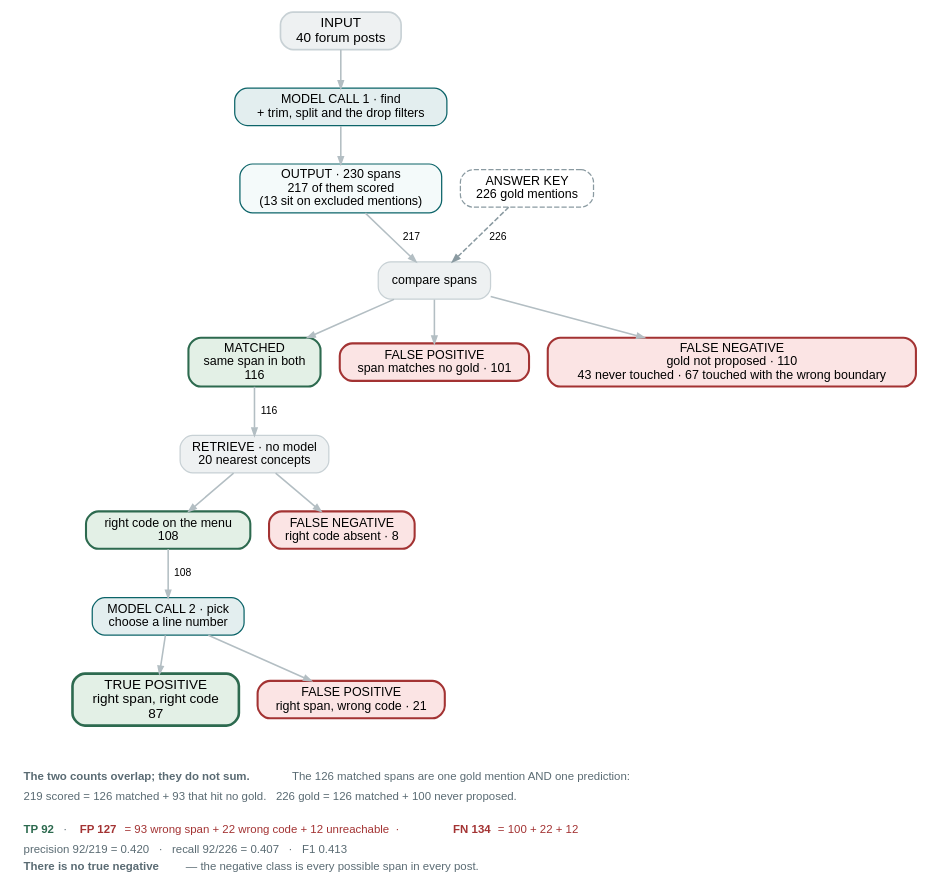
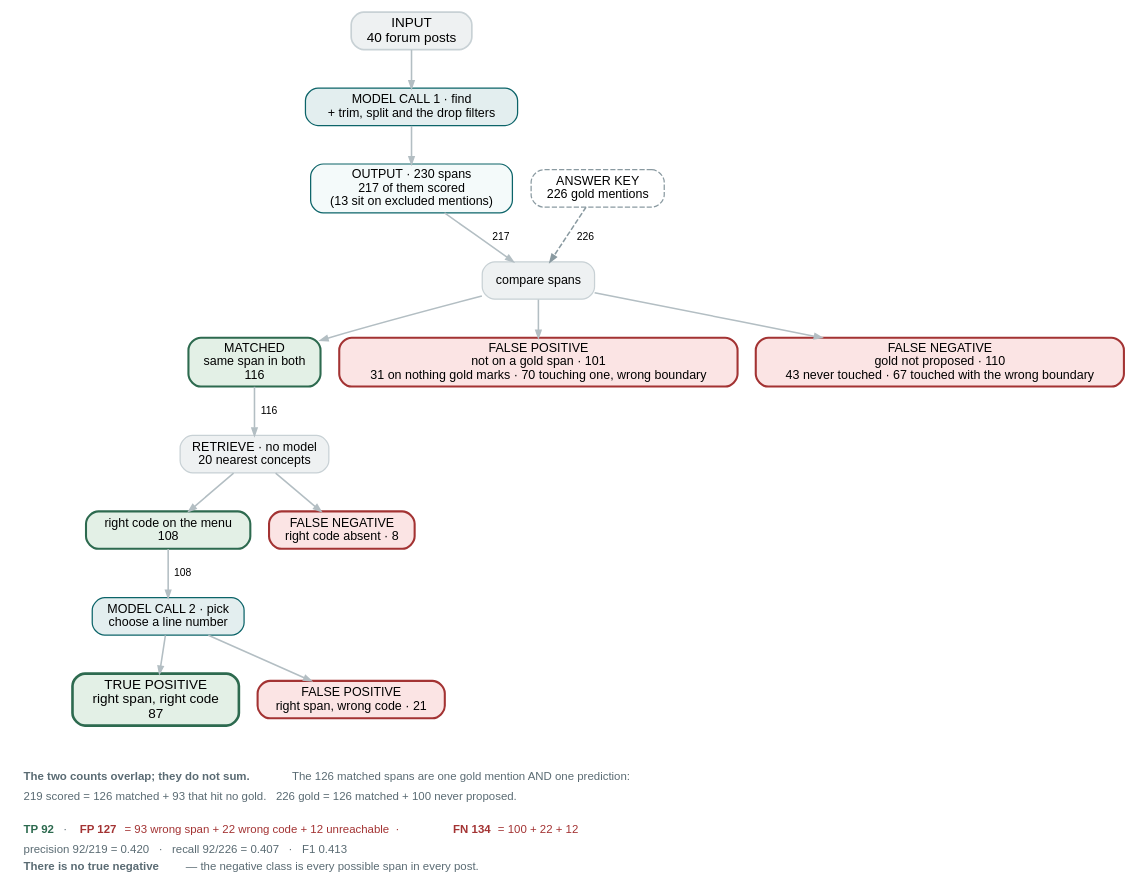
Before and after one commit to wbagais/reliability-ladder: the diagram in docs/figures/fig9-funnel.dot, drawn with Graphviz. The commit also changed 2 other files, not shown here.

Commit message:
fig 4, §2, takeaway 3, §10: the 101 unmatched predictions are 70 wrong-boundary and 31 invented; the inventions named

```diff
--- a/docs/figures/fig9-funnel.dot
+++ b/docs/figures/fig9-funnel.dot
@@ -1,70 +1,70 @@
 // Where rung 0's answers go, CADEC dev, rerun-cadec-d0 (2026-09-03; draw 1 identical).
 //
 // THE INPUT IS 40 POSTS. Everything else is either something the system
 // produced or something the answer key says. Gold is NOT an input — it is the
 // key the output is compared against afterwards, drawn dashed for that reason.
 //
 // THREE OUTCOMES, NOT FOUR. A true negative would be a span correctly not
 // extracted, and the negative class is every possible span in every post —
 // unbounded, so uncountable. Hence precision/recall/F1, none of which use TN.
 // FiNER is the exception: its candidates are the numeric tokens, which ARE
 // enumerable, so "correctly tagged nothing" is measurable there.
 //
 // 230 records are emitted; 13 sit on mentions excluded from scoring and are
 // neither credited nor blamed; 217 are scored. Counts are score_run's and
 // ladder/analysis.error_budget's (out/rerun/cadec.json).
 //
 // COLOUR KEY — the article's, unchanged:
 //   teal  #0c6469  a model runs here     green #2d6a4f  correct
 //   red   #a33333  wrong or lost         grey  #5a6b73  a stage, no verdict
 digraph funnel {
   rankdir=TB; bgcolor="white";
   node [shape=box style="filled,rounded" fontname="Helvetica" fontsize=12
         color="#c8d1d5" penwidth=1.2];
   edge [color="#b3bec3" penwidth=1.5 arrowsize=0.7 fontname="Helvetica" fontsize=10];
 
   input [label="INPUT\n40 forum posts" fillcolor="#eef1f2" fontsize=13 penwidth=1.6];
   find  [label="MODEL CALL 1 · find\n+ trim, split and the drop filters" fillcolor="#e3eeef" color="#0c6469"];
   out1  [label="OUTPUT · 230 spans\n217 of them scored\n(13 sit on excluded mentions)" fillcolor="#f4fafa" color="#0c6469"];
 
   key   [label="ANSWER KEY\n226 gold mentions" fillcolor="#ffffff" color="#8a9aa1"
          style="dashed,rounded" fontsize=12];
   cmp   [label="compare spans" fillcolor="#eef1f2" shape=box];
 
   found [label="MATCHED\nsame span in both\n116" fillcolor="#e3f0e6" color="#2d6a4f" penwidth=2];
-  fp1   [label="FALSE POSITIVE\nspan matches no gold · 101" fillcolor="#fbe4e4" color="#a33333" penwidth=2];
+  fp1   [label="FALSE POSITIVE\nnot on a gold span · 101\n31 on nothing gold marks · 70 touching one, wrong boundary" fillcolor="#fbe4e4" color="#a33333" penwidth=2];
   fn1   [label="FALSE NEGATIVE\ngold not proposed · 110\n43 never touched · 67 touched with the wrong boundary" fillcolor="#fbe4e4" color="#a33333" penwidth=2];
 
   ret    [label="RETRIEVE · no model\n20 nearest concepts" fillcolor="#eef1f2"];
   onmenu [label="right code on the menu\n108" fillcolor="#e3f0e6" color="#2d6a4f" penwidth=2];
   fn2    [label="FALSE NEGATIVE\nright code absent · 8" fillcolor="#fbe4e4" color="#a33333" penwidth=2];
 
   pick   [label="MODEL CALL 2 · pick\nchoose a line number" fillcolor="#e3eeef" color="#0c6469"];
   tp     [label="TRUE POSITIVE\nright span, right code\n87" fillcolor="#e3f0e6" color="#2d6a4f" penwidth=2.5 fontsize=13];
   fp2    [label="FALSE POSITIVE\nright span, wrong code · 21" fillcolor="#fbe4e4" color="#a33333" penwidth=2];
 
   input -> find -> out1;
   out1 -> cmp [label="  217"];
   key  -> cmp [label="  226  " style=dashed color="#8a9aa1"];
   cmp -> found; cmp -> fp1; cmp -> fn1;
   found -> ret [label="  116"];
   ret -> onmenu; ret -> fn2;
   onmenu -> pick [label="  108"];
   pick -> tp; pick -> fp2;
 
   { rank=same; out1; key }
   { rank=same; fn1; found; fp1 }
   { rank=same; onmenu; fn2 }
   { rank=same; tp; fp2 }
 
   note [shape=plaintext style="" fillcolor="white"
         label=<<TABLE BORDER="0" CELLBORDER="0" CELLSPACING="0" CELLPADDING="3">
         <TR><TD ALIGN="LEFT"><FONT POINT-SIZE="11" COLOR="#5a6b73"><B>The two counts overlap; they do not sum.</B> The 126 matched spans are one gold mention AND one prediction:</FONT></TD></TR>
         <TR><TD ALIGN="LEFT"><FONT POINT-SIZE="11" COLOR="#5a6b73">219 scored = 126 matched + 93 that hit no gold. &#160; 226 gold = 126 matched + 100 never proposed.</FONT></TD></TR>
         <TR><TD ALIGN="LEFT"><FONT POINT-SIZE="8"> </FONT></TD></TR>
         <TR><TD ALIGN="LEFT"><FONT POINT-SIZE="11" COLOR="#2d6a4f"><B>TP 92</B></FONT><FONT POINT-SIZE="11" COLOR="#5a6b73">  ·  </FONT><FONT POINT-SIZE="11" COLOR="#a33333"><B>FP 127</B> = 93 wrong span + 22 wrong code + 12 unreachable  ·  <B>FN 134</B> = 100 + 22 + 12</FONT></TD></TR>
         <TR><TD ALIGN="LEFT"><FONT POINT-SIZE="11" COLOR="#5a6b73">precision 92/219 = 0.420   ·   recall 92/226 = 0.407   ·   F1 0.413</FONT></TD></TR>
         <TR><TD ALIGN="LEFT"><FONT POINT-SIZE="11" COLOR="#5a6b73"><B>There is no true negative</B> — the negative class is every possible span in every post.</FONT></TD></TR>
         </TABLE>>];
   fp2 -> note [style=invis];
 }
```
